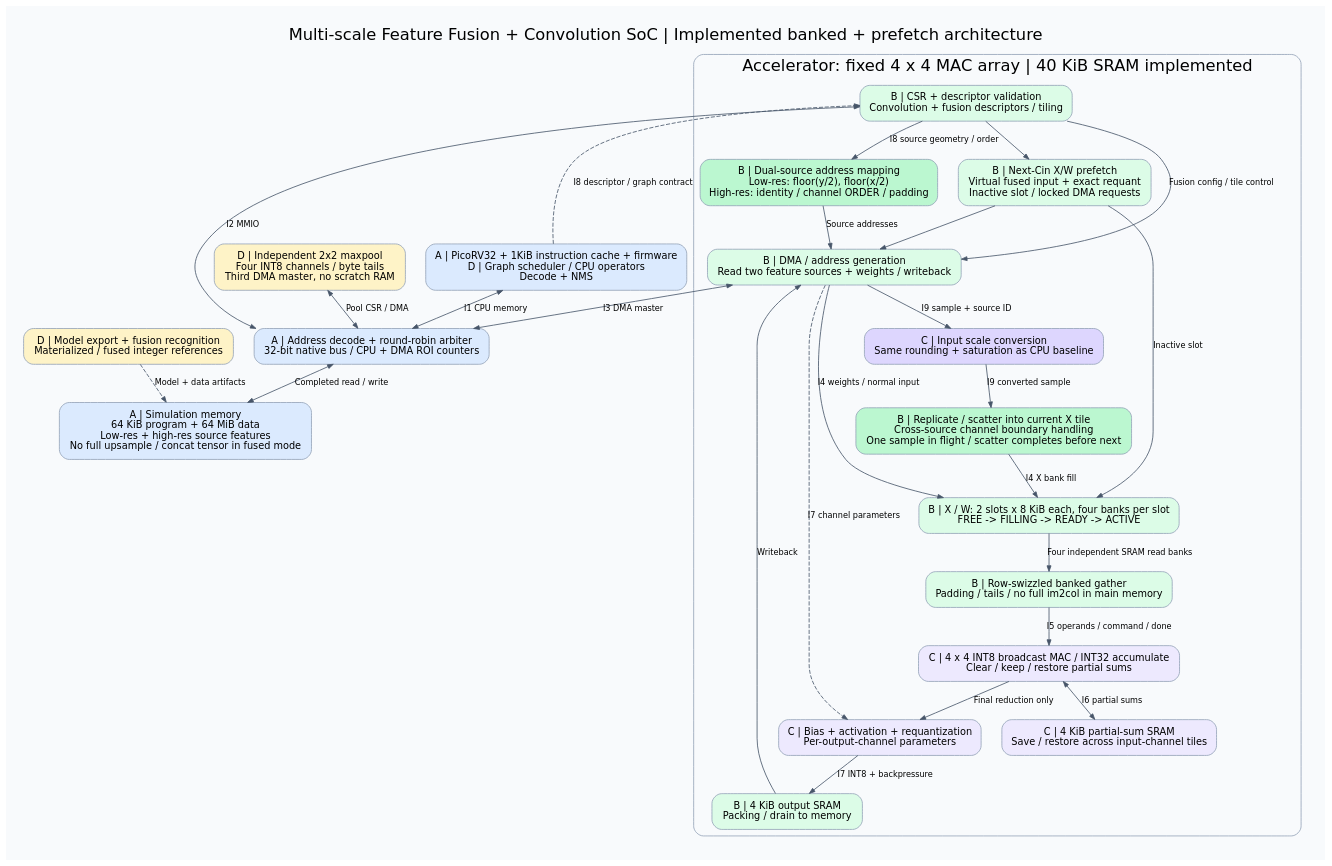
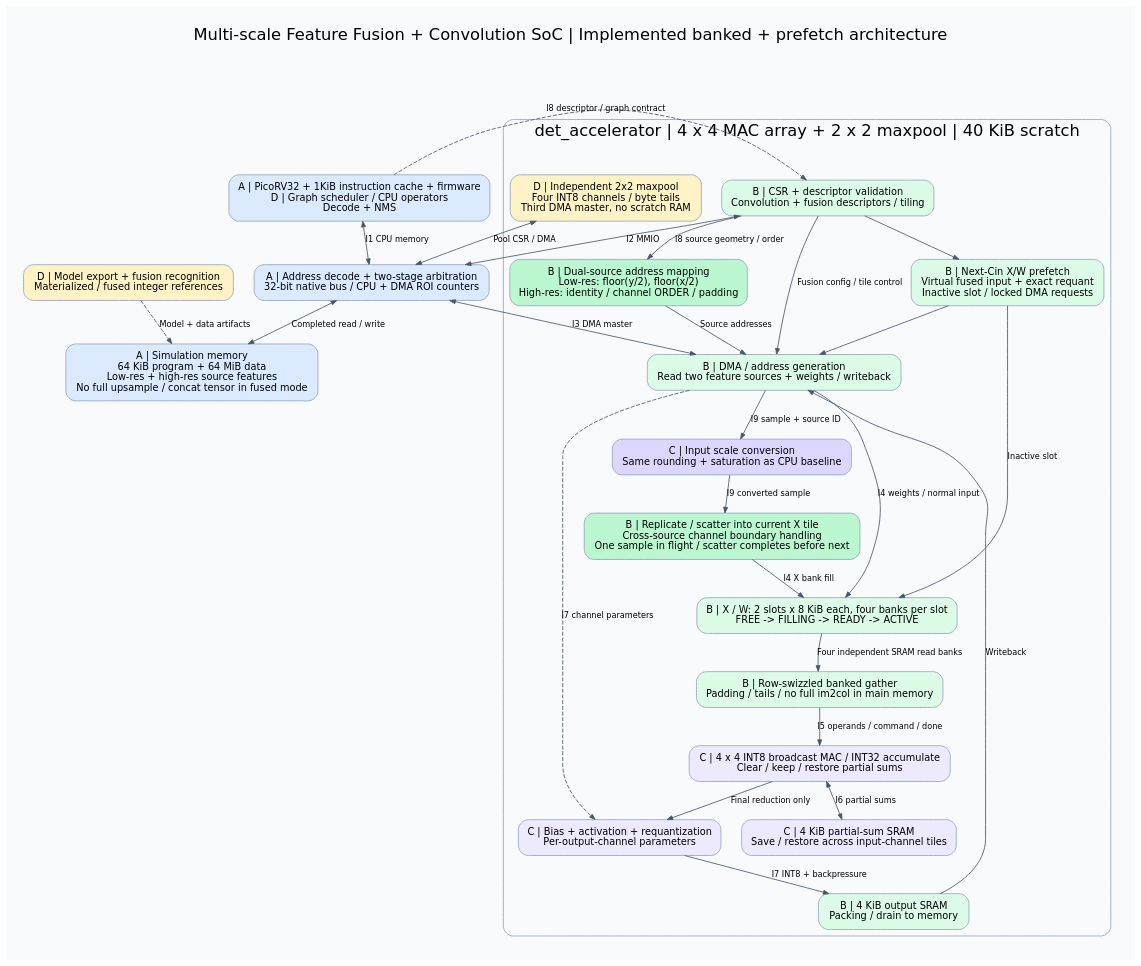
The diagram in docs/architecture.dot (PimeGiano/ai-soc), drawn with Graphviz before and after one commit. The commit also changed 60 other files, not shown here.

```diff
--- a/docs/architecture.dot
+++ b/docs/architecture.dot
@@ -1,49 +1,49 @@
 digraph DetectionSoC {
   graph [rankdir=TB, bgcolor="#f8fafc", pad="0.3", nodesep="0.35", ranksep="0.5", fontname="DejaVu Sans", label="Multi-scale Feature Fusion + Convolution SoC | Implemented banked + prefetch architecture", labelloc=t, fontsize=20];
   node [shape=box, style="rounded,filled", fontname="DejaVu Sans", fontsize=12, color="#94a3b8", fillcolor="white", margin="0.18,0.12"];
   edge [fontname="DejaVu Sans", fontsize=10, color="#475569", arrowsize=0.7];
   host [label="D | Model export + fusion recognition\nMaterialized / fused integer references", fillcolor="#fef3c7"];
   cpu [label="A | PicoRV32 + 1KiB instruction cache + firmware\nD | Graph scheduler / CPU operators\nDecode + NMS", fillcolor="#dbeafe"];
-  bus [label="A | Address decode + round-robin arbiter\n32-bit native bus / CPU + DMA ROI counters", fillcolor="#dbeafe"];
-  pool [label="D | Independent 2x2 maxpool\nFour INT8 channels / byte tails\nThird DMA master, no scratch RAM", fillcolor="#fef3c7"];
+  bus [label="A | Address decode + two-stage arbitration\n32-bit native bus / CPU + DMA ROI counters", fillcolor="#dbeafe"];
   mem [label="A | Simulation memory\n64 KiB program + 64 MiB data\nLow-res + high-res source features\nNo full upsample / concat tensor in fused mode", fillcolor="#dbeafe"];
   subgraph cluster_accel {
-    label="Accelerator: fixed 4 x 4 MAC array | 40 KiB SRAM implemented"; color="#94a3b8"; style=rounded; fontname="DejaVu Sans";
+    label="det_accelerator | 4 x 4 MAC array + 2 x 2 maxpool | 40 KiB scratch"; color="#94a3b8"; style=rounded; fontname="DejaVu Sans";
+    pool [label="D | Independent 2x2 maxpool\nFour INT8 channels / byte tails\nThird DMA master, no scratch RAM", fillcolor="#fef3c7"];
     ctrl [label="B | CSR + descriptor validation\nConvolution + fusion descriptors / tiling", fillcolor="#dcfce7"];
     dma [label="B | DMA / address generation\nRead two feature sources + weights / writeback", fillcolor="#dcfce7"];
     mapper [label="B | Dual-source address mapping\nLow-res: floor(y/2), floor(x/2)\nHigh-res: identity / channel ORDER / padding", fillcolor="#bbf7d0"];
     iq [label="C | Input scale conversion\nSame rounding + saturation as CPU baseline", fillcolor="#ddd6fe"];
     scatter [label="B | Replicate / scatter into current X tile\nCross-source channel boundary handling\nOne sample in flight / scatter completes before next", fillcolor="#bbf7d0"];
     buf [label="B | X / W: 2 slots x 8 KiB each, four banks per slot\nFREE -> FILLING -> READY -> ACTIVE", fillcolor="#dcfce7"];
     prefetch [label="B | Next-Cin X/W prefetch\nVirtual fused input + exact requant\nInactive slot / locked DMA requests", fillcolor="#dcfce7"];
     gather [label="B | Row-swizzled banked gather\nPadding / tails / no full im2col in main memory", fillcolor="#dcfce7"];
     core [label="C | 4 x 4 INT8 broadcast MAC / INT32 accumulate\nClear / keep / restore partial sums", fillcolor="#ede9fe"];
     psum [label="C | 4 KiB partial-sum SRAM\nSave / restore across input-channel tiles", fillcolor="#ede9fe"];
     quant [label="C | Bias + activation + requantization\nPer-output-channel parameters", fillcolor="#ede9fe"];
     out [label="B | 4 KiB output SRAM\nPacking / drain to memory", fillcolor="#dcfce7"];
   }
   host -> mem [style=dashed, label="Model + data artifacts"];
   cpu -> bus [dir=both, label="I1 CPU memory"];
   pool -> bus [dir=both, label="Pool CSR / DMA"];
   bus -> mem [dir=both, label="Completed read / write"];
   bus -> ctrl [dir=both, label="I2 MMIO"];
   ctrl -> prefetch;
   prefetch -> dma;
   prefetch -> buf [label="Inactive slot"];
   ctrl -> dma [label="Fusion config / tile control"];
   dma -> bus [dir=both, label="I3 DMA master"];
   ctrl -> mapper [label="I8 source geometry / order"];
   mapper -> dma [label="Source addresses"];
   dma -> iq [label="I9 sample + source ID"];
   iq -> scatter [label="I9 converted sample"];
   scatter -> buf [label="I4 X bank fill"];
   dma -> buf [label="I4 weights / normal input"];
   buf -> gather [label="Four independent SRAM read banks"];
   gather -> core [label="I5 operands / command / done"];
   core -> psum [dir=both, label="I6 partial sums"];
   core -> quant [label="Final reduction only"];
   dma -> quant [style=dashed, label="I7 channel parameters"];
   quant -> out [label="I7 INT8 + backpressure"];
   out -> dma [label="Writeback"];
   cpu -> ctrl [style=dashed, label="I8 descriptor / graph contract", constraint=false];
 }
```
